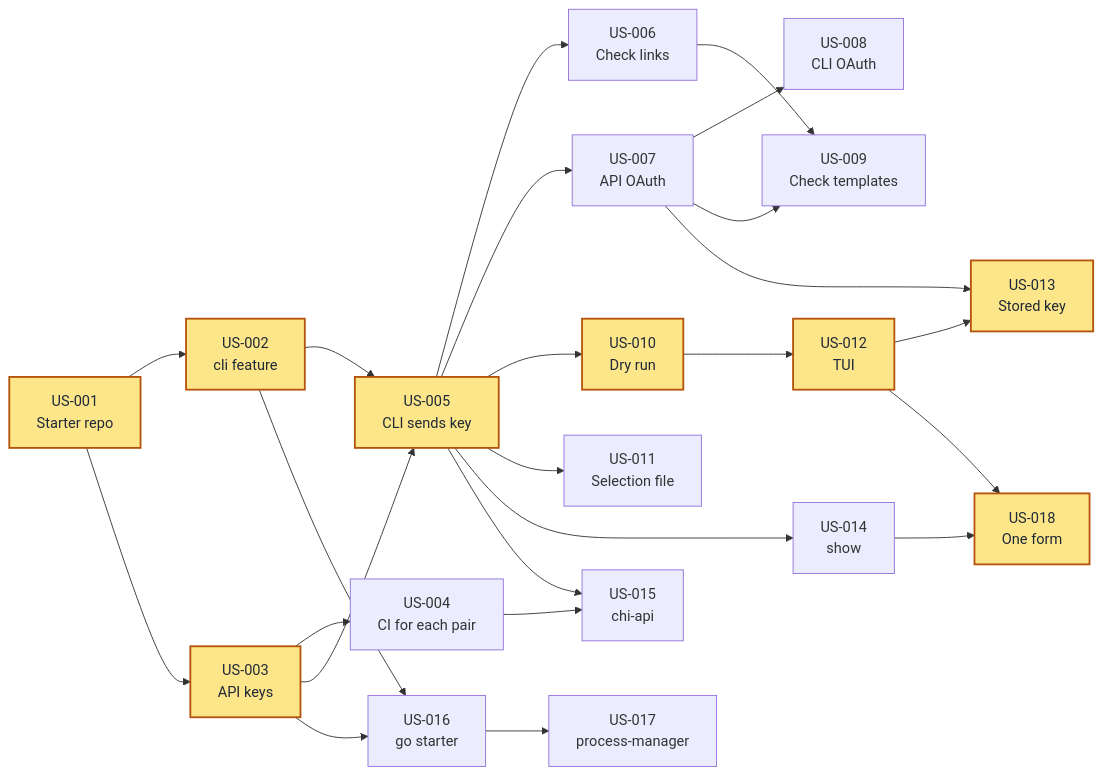
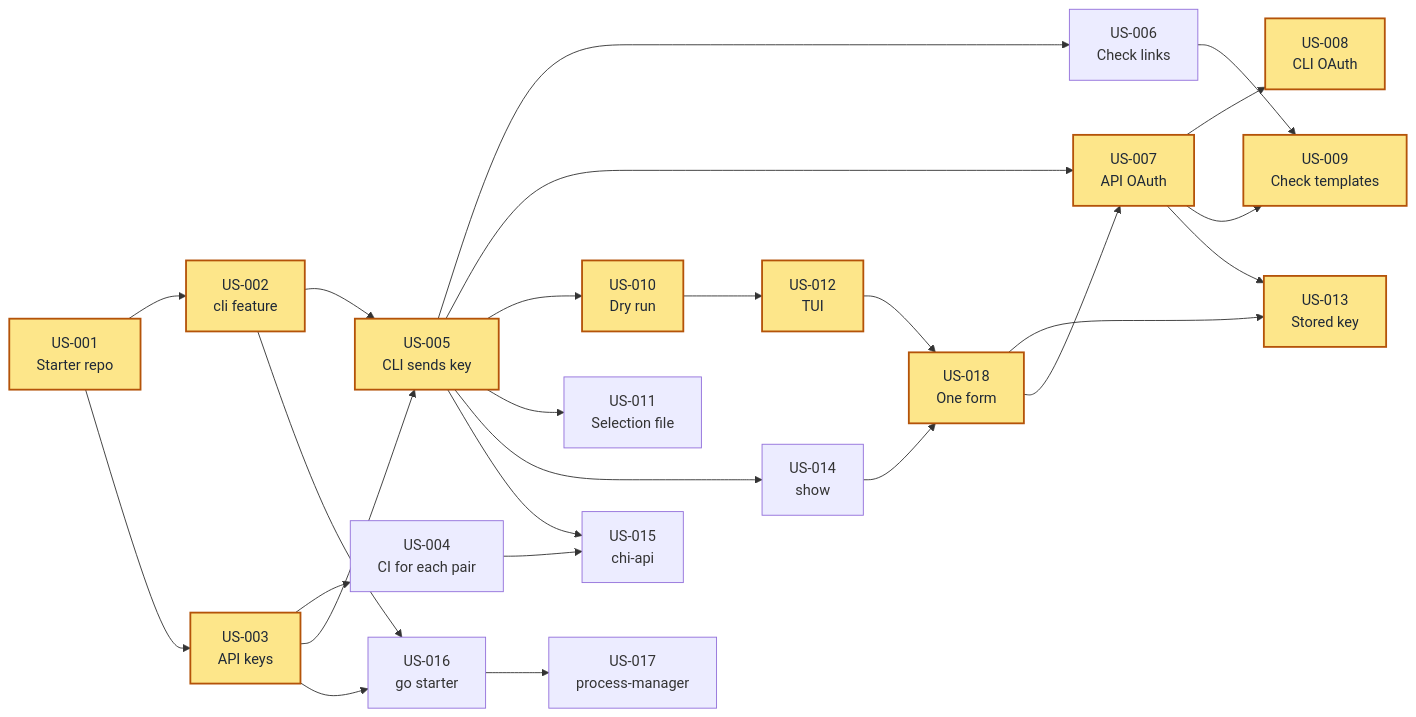
Before and after one commit to hpcsc/feature-compose: the diagram in user-stories/feature-compose.md, drawn with Mermaid. The commit also changed other lines of this file, not shown here.

````diff
--- a/user-stories/feature-compose.md
+++ b/user-stories/feature-compose.md
@@ -32,48 +32,49 @@
 ```mermaid
 flowchart LR
     A["US-001<br/>Starter repo"]
     B["US-002<br/>cli feature"]
     C["US-003<br/>API keys"]
     D["US-004<br/>CI for each pair"]
     E["US-005<br/>CLI sends key"]
     F["US-006<br/>Check links"]
     G["US-007<br/>API OAuth"]
     H["US-008<br/>CLI OAuth"]
     I["US-009<br/>Check templates"]
     J["US-010<br/>Dry run"]
     K["US-011<br/>Selection file"]
     L["US-012<br/>TUI"]
     M["US-013<br/>Stored key"]
     N["US-014<br/>show"]
     O["US-015<br/>chi-api"]
     P["US-016<br/>go starter"]
     Q["US-017<br/>process-manager"]
     R["US-018<br/>One form"]
 
     A --> B
     A --> C
     C --> D
     B --> E
     C --> E
     E --> F
     E --> G
     G --> H
     F --> I
     G --> I
     E --> J
     E --> K
     J --> L
     G --> M
-    L --> M
+    R --> M
     E --> N
     D --> O
     E --> O
     B --> P
     C --> P
     P --> Q
     L --> R
     N --> R
+    R --> G
 
     classDef critical fill:#fde68a,stroke:#b45309,stroke-width:2px,color:#1f2937
-    class A,B,C,E,J,L,M,R critical
+    class A,B,C,E,J,L,R,G,H,I,M critical
 ```
````
